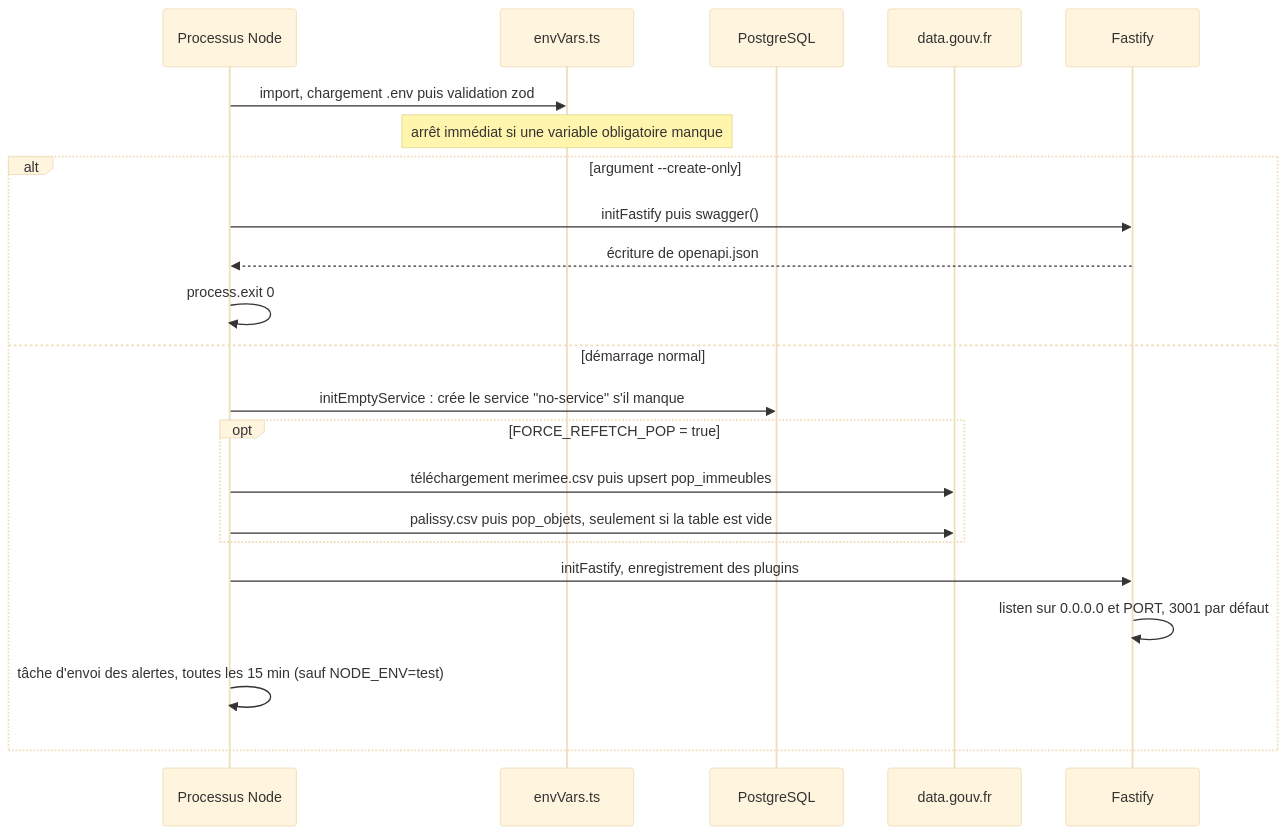
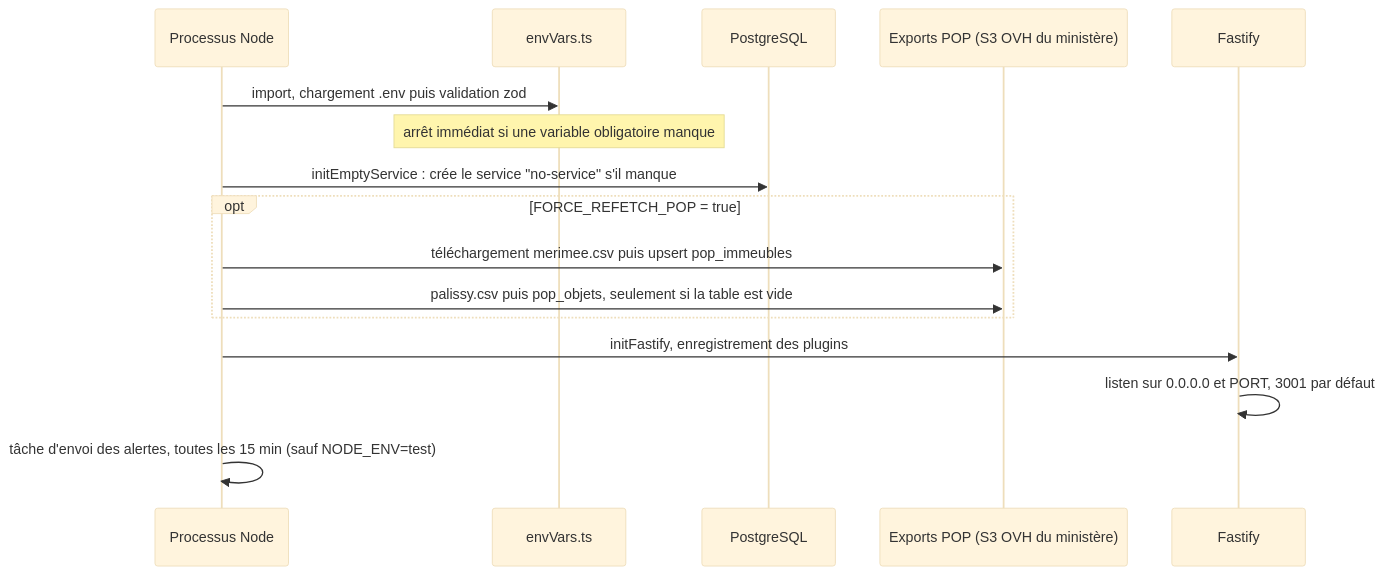
The first of 4 diagrams in docs/04-backend-api.md (betagouv/patrinotes), drawn with Mermaid (base theme) before and after one commit. The commit also changed other lines of this file and 19 other files, not shown here.

````diff
--- a/docs/04-backend-api.md
+++ b/docs/04-backend-api.md
@@ -84,24 +51,18 @@
 ```mermaid
 sequenceDiagram
     participant P as Processus Node
     participant E as envVars.ts
     participant DB as PostgreSQL
-    participant POP as data.gouv.fr
+    participant POP as Exports POP (S3 OVH du ministère)
     participant F as Fastify
     P->>E: import, chargement .env puis validation zod
     Note over E: arrêt immédiat si une variable obligatoire manque
-    alt argument --create-only
-        P->>F: initFastify puis swagger()
-        F-->>P: écriture de openapi.json
-        P->>P: process.exit 0
-    else démarrage normal
-        P->>DB: initEmptyService : crée le service "no-service" s'il manque
-        opt FORCE_REFETCH_POP = true
-            P->>POP: téléchargement merimee.csv puis upsert pop_immeubles
-            P->>POP: palissy.csv puis pop_objets, seulement si la table est vide
-        end
-        P->>F: initFastify, enregistrement des plugins
-        F->>F: listen sur 0.0.0.0 et PORT, 3001 par défaut
-        P->>P: tâche d'envoi des alertes, toutes les 15 min (sauf NODE_ENV=test)
+    P->>DB: initEmptyService : crée le service "no-service" s'il manque
+    opt FORCE_REFETCH_POP = true
+        P->>POP: téléchargement merimee.csv puis upsert pop_immeubles
+        P->>POP: palissy.csv puis pop_objets, seulement si la table est vide
     end
+    P->>F: initFastify, enregistrement des plugins
+    F->>F: listen sur 0.0.0.0 et PORT, 3001 par défaut
+    P->>P: tâche d'envoi des alertes, toutes les 15 min (sauf NODE_ENV=test)
 ```
````
